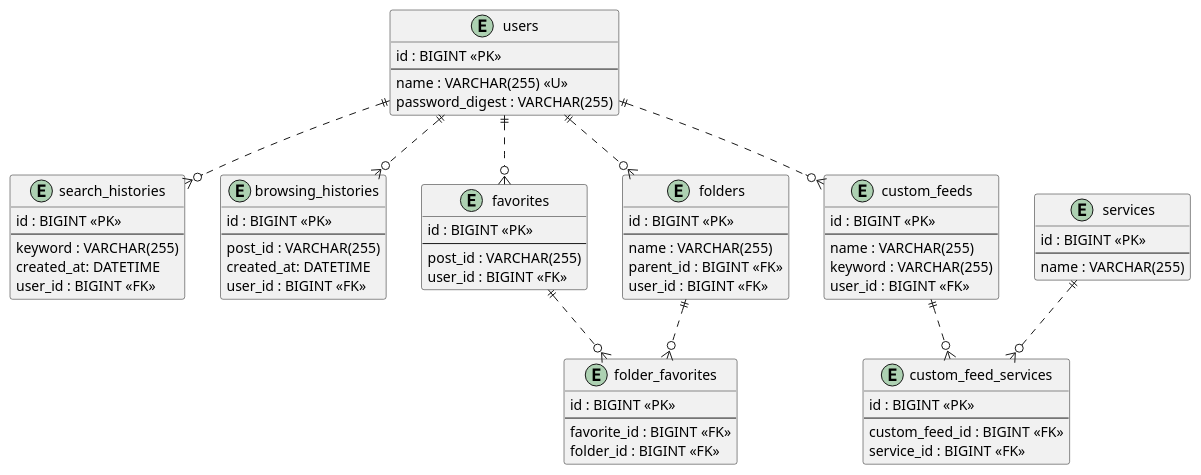
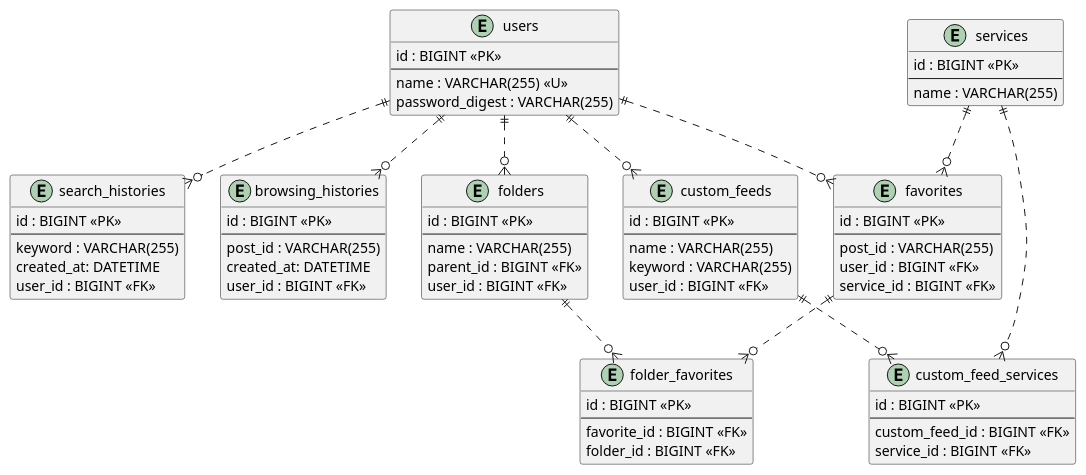
The diagram in documents/src/er_diagram.puml (sotanaka-dev/image-searcher), drawn with PlantUML before and after one commit. The commit also changed 1 other file, not shown here.

Commit message:
docs: ER図を更新
docs: EC図の画像を差し替え

```diff
--- a/documents/src/er_diagram.puml
+++ b/documents/src/er_diagram.puml
@@ -1,82 +1,84 @@
 @startuml
 
 entity users {
     id : BIGINT <<PK>>
     --
     name : VARCHAR(255) <<U>>
     password_digest : VARCHAR(255)
 }
 
 entity search_histories {
     id : BIGINT <<PK>>
     --
     keyword : VARCHAR(255)
     created_at: DATETIME
     user_id : BIGINT <<FK>>
 }
 
 entity browsing_histories {
     id : BIGINT <<PK>>
     --
     post_id : VARCHAR(255)
     created_at: DATETIME
     user_id : BIGINT <<FK>>
 }
 
 entity favorites {
     id : BIGINT <<PK>>
     --
     post_id : VARCHAR(255)
     user_id : BIGINT <<FK>>
+    service_id : BIGINT <<FK>>
 }
 
 entity folders {
     id : BIGINT <<PK>>
     --
     name : VARCHAR(255)
     parent_id : BIGINT <<FK>>
     user_id : BIGINT <<FK>>
 }
 
 entity folder_favorites {
     id : BIGINT <<PK>>
     --
     favorite_id : BIGINT <<FK>>
     folder_id : BIGINT <<FK>>
 }
 
 entity custom_feeds {
     id : BIGINT <<PK>>
     --
     name : VARCHAR(255)
     keyword : VARCHAR(255)
     user_id : BIGINT <<FK>>
 }
 
 entity services {
     id : BIGINT <<PK>>
     --
     name : VARCHAR(255)
 }
 
 entity custom_feed_services {
     id : BIGINT <<PK>>
     --
     custom_feed_id : BIGINT <<FK>>
     service_id : BIGINT <<FK>>
 }
 
 
 users ||..o{ search_histories
 users ||..o{ browsing_histories
 users ||..o{ favorites
 users ||..o{ folders
 users ||..o{ custom_feeds
 
 favorites ||..o{ folder_favorites
 folders ||..o{ folder_favorites
 
 custom_feeds ||..o{ custom_feed_services
+services ||..o{ favorites
 services ||..o{ custom_feed_services
 
 @enduml
```
